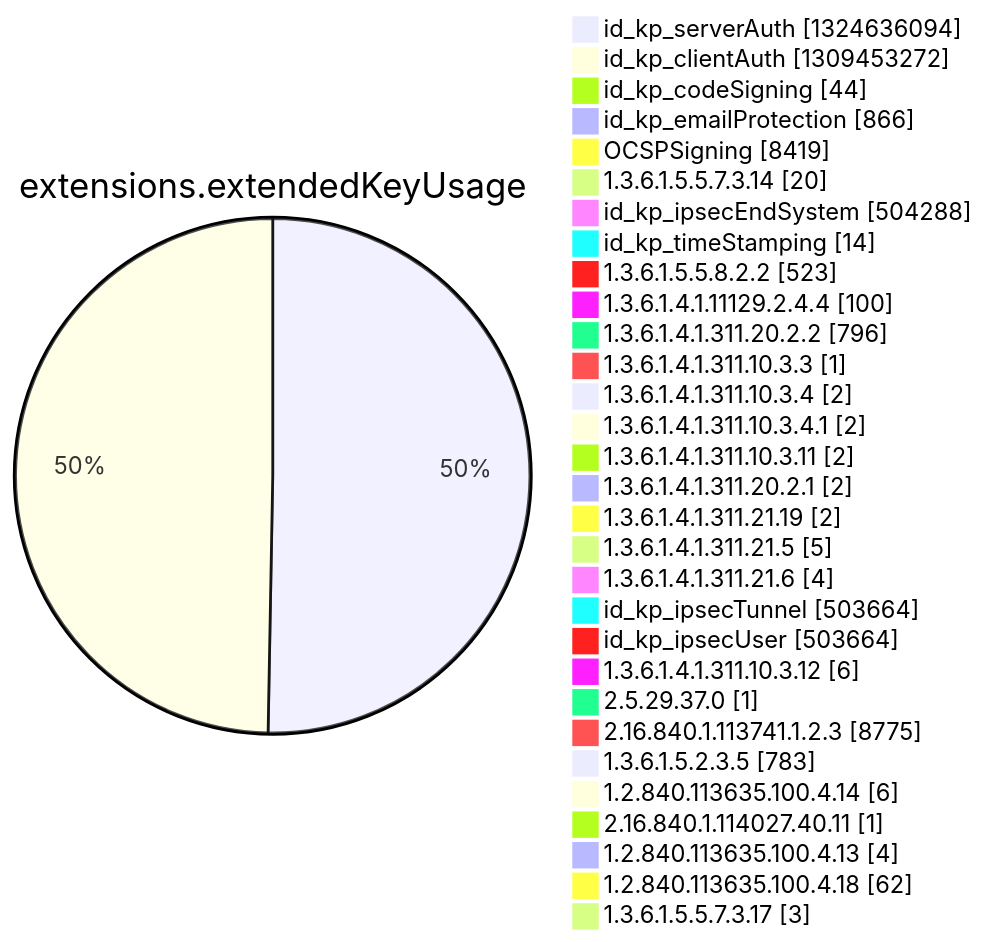
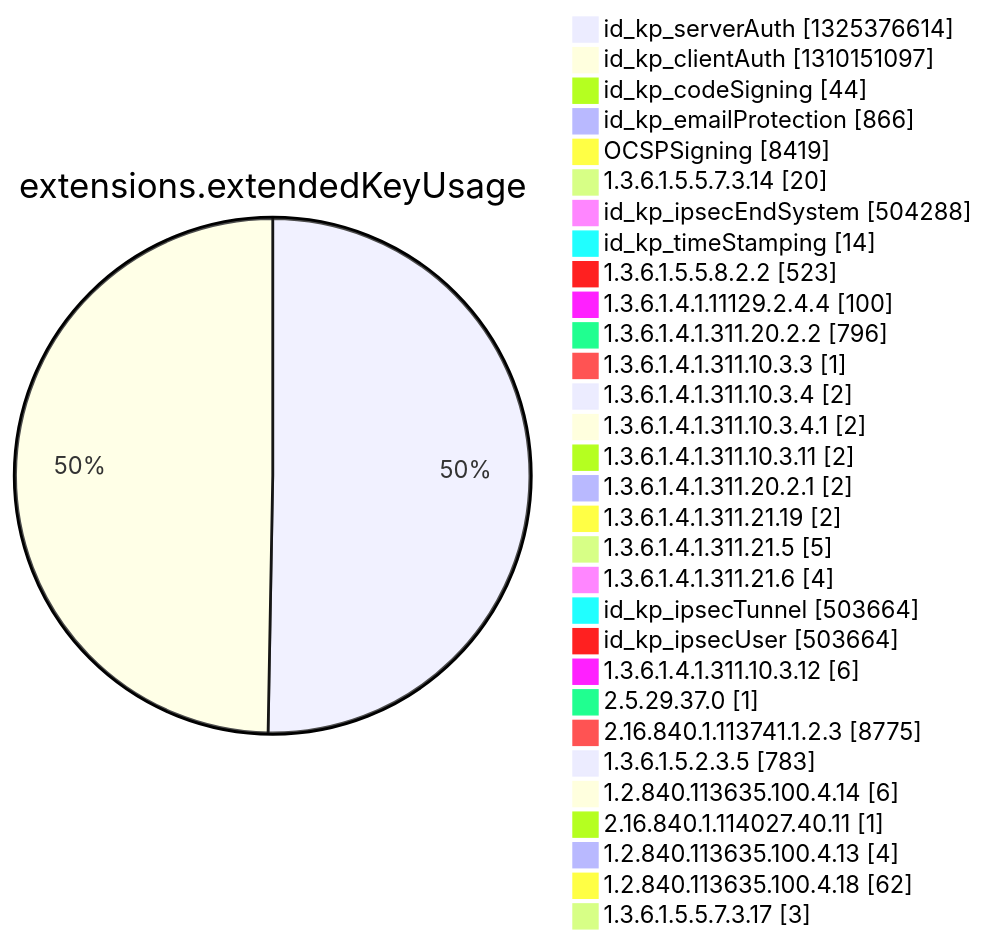
Diagram 12 of 15 in argon2022/README.md (christiankrug/ctmonitor_visualization), drawn with Mermaid before and after one commit. The commit also changed other lines of this file, not shown here.

````diff
--- a/argon2022/README.md
+++ b/argon2022/README.md
@@ -3553,34 +3553,34 @@
 ```mermaid
 pie showData
 title extensions.extendedKeyUsage
-"id_kp_serverAuth" :1324636094
-"id_kp_clientAuth" :1309453272
+"id_kp_serverAuth" :1325376614
+"id_kp_clientAuth" :1310151097
 "id_kp_codeSigning" :44
 "id_kp_emailProtection" :866
 "OCSPSigning" :8419
 "1.3.6.1.5.5.7.3.14" :20
 "id_kp_ipsecEndSystem" :504288
 "id_kp_timeStamping" :14
 "1.3.6.1.5.5.8.2.2" :523
 "1.3.6.1.4.1.11129.2.4.4" :100
 "1.3.6.1.4.1.311.20.2.2" :796
 "1.3.6.1.4.1.311.10.3.3" :1
 "1.3.6.1.4.1.311.10.3.4" :2
 "1.3.6.1.4.1.311.10.3.4.1" :2
 "1.3.6.1.4.1.311.10.3.11" :2
 "1.3.6.1.4.1.311.20.2.1" :2
 "1.3.6.1.4.1.311.21.19" :2
 "1.3.6.1.4.1.311.21.5" :5
 "1.3.6.1.4.1.311.21.6" :4
 "id_kp_ipsecTunnel" :503664
 "id_kp_ipsecUser" :503664
 "1.3.6.1.4.1.311.10.3.12" :6
 "2.5.29.37.0" :1
 "2.16.840.1.113741.1.2.3" :8775
 "1.3.6.1.5.2.3.5" :783
 "1.2.840.113635.100.4.14" :6
 "2.16.840.1.114027.40.11" :1
 "1.2.840.113635.100.4.13" :4
 "1.2.840.113635.100.4.18" :62
 "1.3.6.1.5.5.7.3.17" :3
 ```
````
